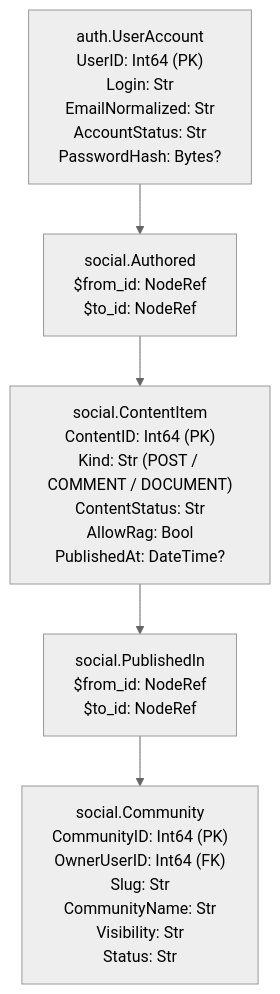
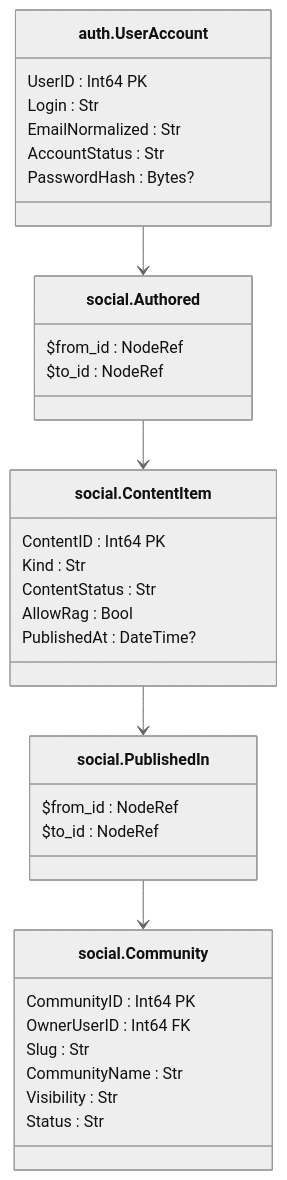
Before and after one commit to lkeey/BIVT-labs: the third of 15 diagrams in 03SQL-CourseWork/architecture/database-model.md, drawn with Mermaid (neutral theme). The commit also changed other lines of this file, not shown here.

Commit message:
docs: center database table titles in diagrams

```diff
--- a/03SQL-CourseWork/architecture/database-model.md
+++ b/03SQL-CourseWork/architecture/database-model.md
@@ -43,9 +97,38 @@
 ~~~mermaid
-flowchart TB
-    U["auth.UserAccount<br/>UserID: Int64 (PK)<br/>Login: Str<br/>EmailNormalized: Str<br/>AccountStatus: Str<br/>PasswordHash: Bytes?"]
-    A["social.Authored<br/>$from_id: NodeRef<br/>$to_id: NodeRef"]
-    I["social.ContentItem<br/>ContentID: Int64 (PK)<br/>Kind: Str (POST / COMMENT / DOCUMENT)<br/>ContentStatus: Str<br/>AllowRag: Bool<br/>PublishedAt: DateTime?"]
-    P["social.PublishedIn<br/>$from_id: NodeRef<br/>$to_id: NodeRef"]
-    C["social.Community<br/>CommunityID: Int64 (PK)<br/>OwnerUserID: Int64 (FK)<br/>Slug: Str<br/>CommunityName: Str<br/>Visibility: Str<br/>Status: Str"]
-    U --> A --> I --> P --> C
+classDiagram
+    direction TB
+    class U["auth.UserAccount"] {
+        UserID : Int64 PK
+        Login : Str
+        EmailNormalized : Str
+        AccountStatus : Str
+        PasswordHash : Bytes?
+    }
+    class A["social.Authored"] {
+        $from_id : NodeRef
+        $to_id : NodeRef
+    }
+    class I["social.ContentItem"] {
+        ContentID : Int64 PK
+        Kind : Str
+        ContentStatus : Str
+        AllowRag : Bool
+        PublishedAt : DateTime?
+    }
+    class P["social.PublishedIn"] {
+        $from_id : NodeRef
+        $to_id : NodeRef
+    }
+    class C["social.Community"] {
+        CommunityID : Int64 PK
+        OwnerUserID : Int64 FK
+        Slug : Str
+        CommunityName : Str
+        Visibility : Str
+        Status : Str
+    }
+    U --> A
+    A --> I
+    I --> P
+    P --> C
 ~~~
```
